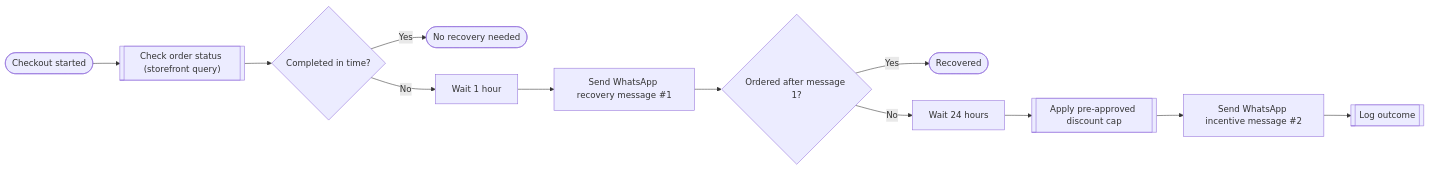
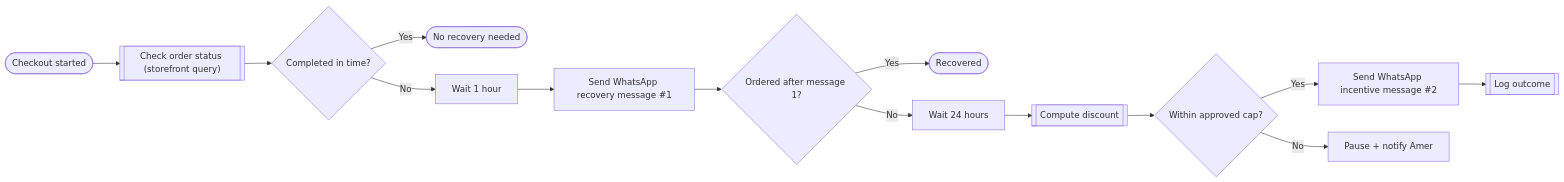
One commit to amerelshairai/claude_personal_assistant changed the diagram in .claude/skills/automation-architecture/references/test-scenarios/scenario-1-nova-cart-recovery/output.md. Above: the diagram before and after it, drawn with Mermaid. The commit also changed other lines of this file and 3 other files, not shown here.

First line of the commit message:
Resolve discount-cap approval flag; mark automation-architecture TESTED

````diff
--- a/.claude/skills/automation-architecture/references/test-scenarios/scenario-1-nova-cart-recovery/output.md
+++ b/.claude/skills/automation-architecture/references/test-scenarios/scenario-1-nova-cart-recovery/output.md
@@ -9,14 +9,16 @@
 ```mermaid
 flowchart LR
     A(["Checkout started"]) --> B[["Check order status (storefront query)"]]
     B --> C{"Completed in time?"}
     C -->|Yes| D(["No recovery needed"])
     C -->|No| E["Wait 1 hour"]
     E --> F["Send WhatsApp recovery message #1"]
     F --> G{"Ordered after message 1?"}
     G -->|Yes| H(["Recovered"])
     G -->|No| I["Wait 24 hours"]
-    I --> J[["Apply pre-approved discount cap"]]
-    J --> K["Send WhatsApp incentive message #2"]
+    I --> J[["Compute discount"]]
+    J --> M{"Within approved cap?"}
+    M -->|Yes| K["Send WhatsApp incentive message #2"]
+    M -->|No| N["Pause + notify Amer"]
     K --> L[["Log outcome"]]
 ```
````
